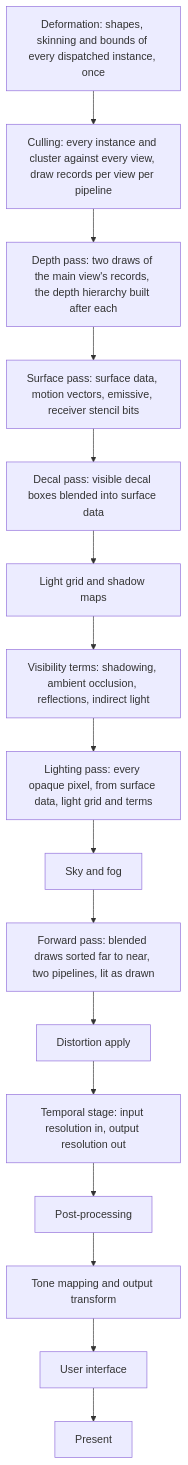
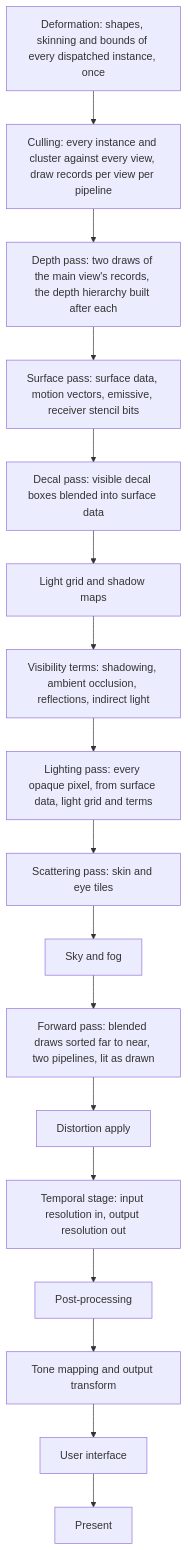
Before and after one commit to plainsight-systems/bullet-witch: the second of 3 diagrams in docs/architecture/scene-renderer.md, drawn with Mermaid. The commit also changed other lines of this file and 5 other files, not shown here.

Commit message:
Describe character shading: skin profiles with screen-space scattering, fibre hair on cards, two-layer eyes

````diff
--- a/docs/architecture/scene-renderer.md
+++ b/docs/architecture/scene-renderer.md
@@ -80,18 +80,19 @@
 ```mermaid
 flowchart TD
     DF["Deformation: shapes, skinning and bounds of every dispatched instance, once"] --> CU["Culling: every instance and cluster against every view, draw records per view per pipeline"]
     CU --> DP["Depth pass: two draws of the main view's records, the depth hierarchy built after each"]
     DP --> SP["Surface pass: surface data, motion vectors, emissive, receiver stencil bits"]
     SP --> DC["Decal pass: visible decal boxes blended into surface data"]
     DC --> LG["Light grid and shadow maps"]
     LG --> VT["Visibility terms: shadowing, ambient occlusion, reflections, indirect light"]
     VT --> LP["Lighting pass: every opaque pixel, from surface data, light grid and terms"]
-    LP --> SF["Sky and fog"]
+    LP --> SS["Scattering pass: skin and eye tiles"]
+    SS --> SF["Sky and fog"]
     SF --> FP["Forward pass: blended draws sorted far to near, two pipelines, lit as drawn"]
     FP --> DA["Distortion apply"]
     DA --> TS["Temporal stage: input resolution in, output resolution out"]
     TS --> PP["Post-processing"]
     PP --> TM["Tone mapping and output transform"]
     TM --> UI["User interface"]
     UI --> PR["Present"]
 ```
````
